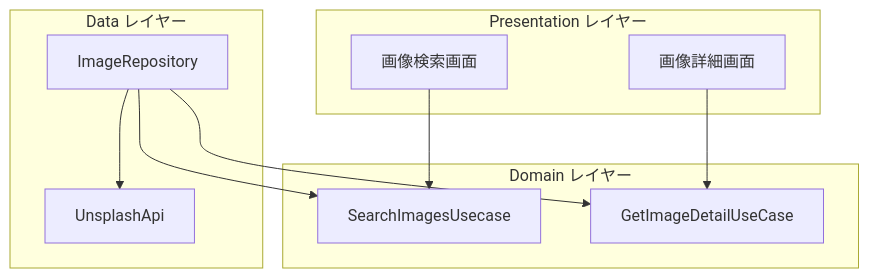
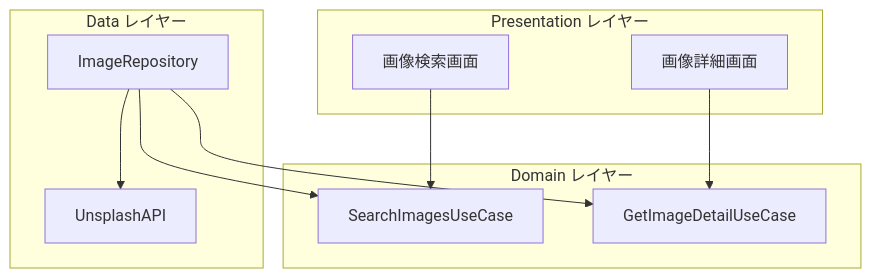
Before and after one commit to shmzzzz/ImageSearchApp: the diagram in README.md, drawn with Mermaid.

Commit message:
docs: READMEの誤記修正

````diff
--- a/README.md
+++ b/README.md
@@ -42,20 +42,20 @@
 ```mermaid
 graph TD
     subgraph "Presentation レイヤー"
         A[画像検索画面]
         B[画像詳細画面]
     end
     subgraph "Domain レイヤー"
-        C[SearchImagesUsecase]
+        C[SearchImagesUseCase]
         D[GetImageDetailUseCase]
     end
     subgraph "Data レイヤー"
         E[ImageRepository]
-        F[UnsplashApi]
+        F[UnsplashAPI]
     end
     A --> C
     B --> D
     E --> C
     E --> D
     E --> F
 ```
````
